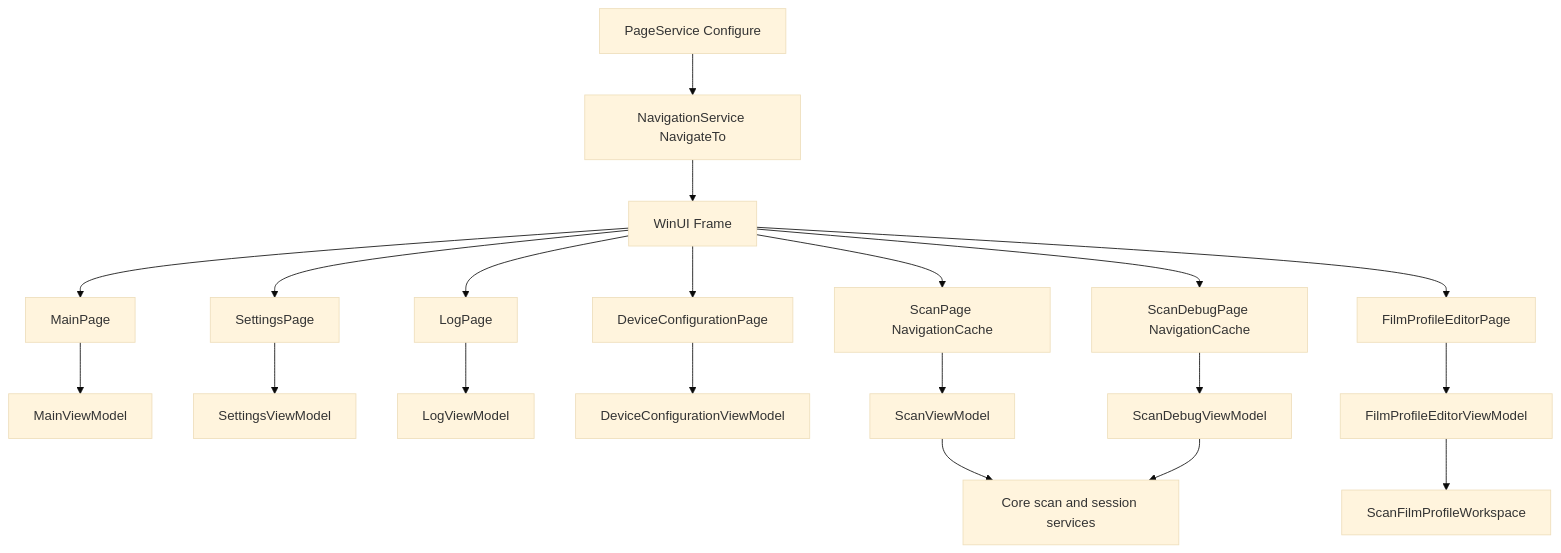
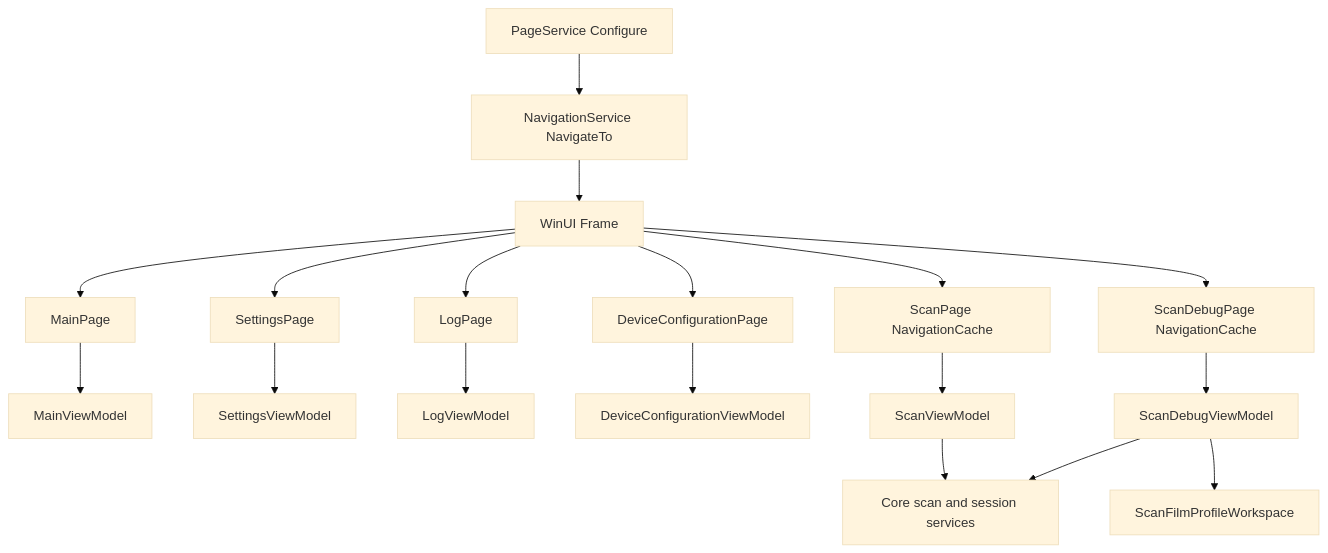
The diagram in docs/architecture/ui-mvvm.md (mr258876/PRISM-Utility), drawn with Mermaid (base theme) before and after one commit. The commit also changed other lines of this file and 27 other files, not shown here.

Commit message:
scan debug page reform

````diff
--- a/docs/architecture/ui-mvvm.md
+++ b/docs/architecture/ui-mvvm.md
@@ -56,22 +54,20 @@
 ```mermaid
 flowchart TD
     PageService[PageService Configure] --> NavigationService[NavigationService NavigateTo]
     NavigationService --> Frame[WinUI Frame]
     Frame --> MainPage[MainPage]
     Frame --> SettingsPage[SettingsPage]
     Frame --> LogPage[LogPage]
     Frame --> DevicePage[DeviceConfigurationPage]
     Frame --> ScanPage[ScanPage NavigationCache]
     Frame --> ScanDebugPage[ScanDebugPage NavigationCache]
-    Frame --> FilmEditorPage[FilmProfileEditorPage]
     MainPage --> MainVm[MainViewModel]
     SettingsPage --> SettingsVm[SettingsViewModel]
     LogPage --> LogVm[LogViewModel]
     DevicePage --> DeviceVm[DeviceConfigurationViewModel]
     ScanPage --> ScanVm[ScanViewModel]
     ScanDebugPage --> ScanDebugVm[ScanDebugViewModel]
-    FilmEditorPage --> FilmEditorVm[FilmProfileEditorViewModel]
     ScanVm --> CoreServices[Core scan and session services]
     ScanDebugVm --> CoreServices
-    FilmEditorVm --> ProfileWorkspace[ScanFilmProfileWorkspace]
+    ScanDebugVm --> ProfileWorkspace[ScanFilmProfileWorkspace]
 ```
````
